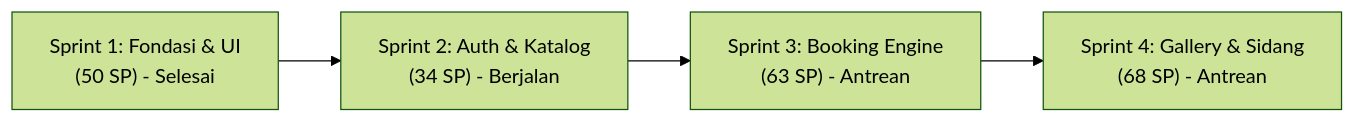
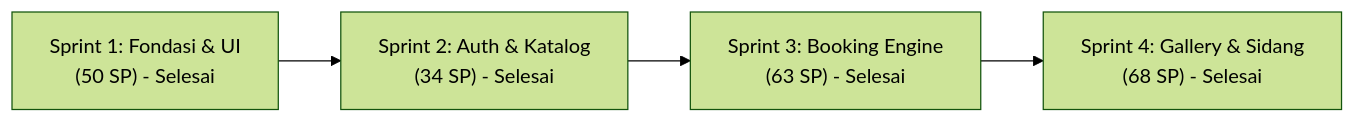
One commit to zackk28/iluxy-creative-website changed the diagram in SPRINT_PLANNING_20_ILUXY_CREATIVE.md. Above: the diagram before and after it, drawn with Mermaid (forest theme). The commit also changed other lines of this file and 16 other files, not shown here.

Commit message:
feat: implementasi private gallery pin 6 digit, auto watermark engine, analitik omzet

````diff
--- a/SPRINT_PLANNING_20_ILUXY_CREATIVE.md
+++ b/SPRINT_PLANNING_20_ILUXY_CREATIVE.md
@@ -50,6 +49,6 @@
 ```mermaid
 flowchart LR
-    S1["Sprint 1: Fondasi & UI<br>(50 SP) - Selesai"] --> S2["Sprint 2: Auth & Katalog<br>(34 SP) - Berjalan"]
-    S2 --> S3["Sprint 3: Booking Engine<br>(63 SP) - Antrean"]
-    S3 --> S4["Sprint 4: Gallery & Sidang<br>(68 SP) - Antrean"]
+    S1["Sprint 1: Fondasi & UI<br>(50 SP) - Selesai"] --> S2["Sprint 2: Auth & Katalog<br>(34 SP) - Selesai"]
+    S2 --> S3["Sprint 3: Booking Engine<br>(63 SP) - Selesai"]
+    S3 --> S4["Sprint 4: Gallery & Sidang<br>(68 SP) - Selesai"]
 ```
````
